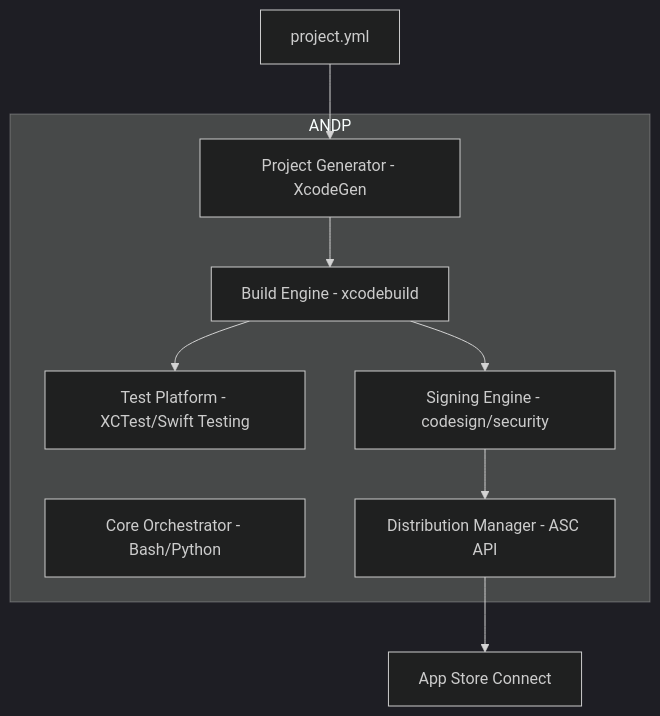
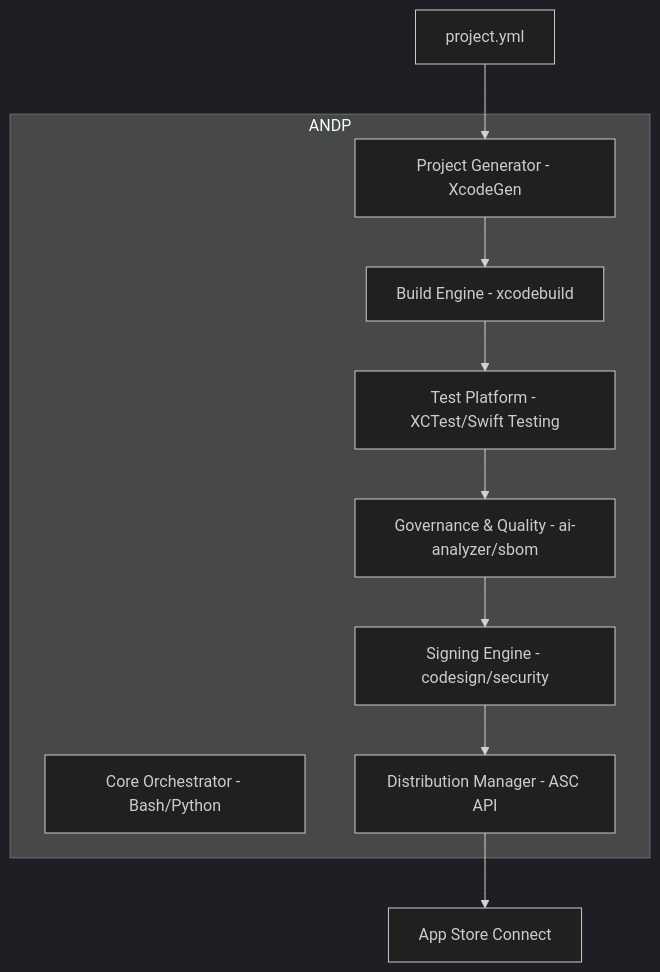
One commit to isopen-io/andp changed the second of 7 diagrams in Documentation/Architecture/Diagrams.md. Above: the diagram before and after it, drawn with Mermaid (dark theme). The commit also changed other lines of this file and 17 other files, not shown here.

````diff
--- a/Documentation/Architecture/Diagrams.md
+++ b/Documentation/Architecture/Diagrams.md
@@ -20,18 +20,20 @@
 ```mermaid
 graph TD
     subgraph ANDP
         Core[Core Orchestrator - Bash/Python]
         Gen[Project Generator - XcodeGen]
         Build[Build Engine - xcodebuild]
         Test[Test Platform - XCTest/Swift Testing]
+        Gov[Governance & Quality - ai-analyzer/sbom]
         Sign[Signing Engine - codesign/security]
         Dist[Distribution Manager - ASC API]
     end
 
     Config[project.yml] --> Gen
     Gen --> Build
     Build --> Test
-    Build --> Sign
+    Test --> Gov
+    Gov --> Sign
     Sign --> Dist
     Dist --> ASC[App Store Connect]
 ```
````
